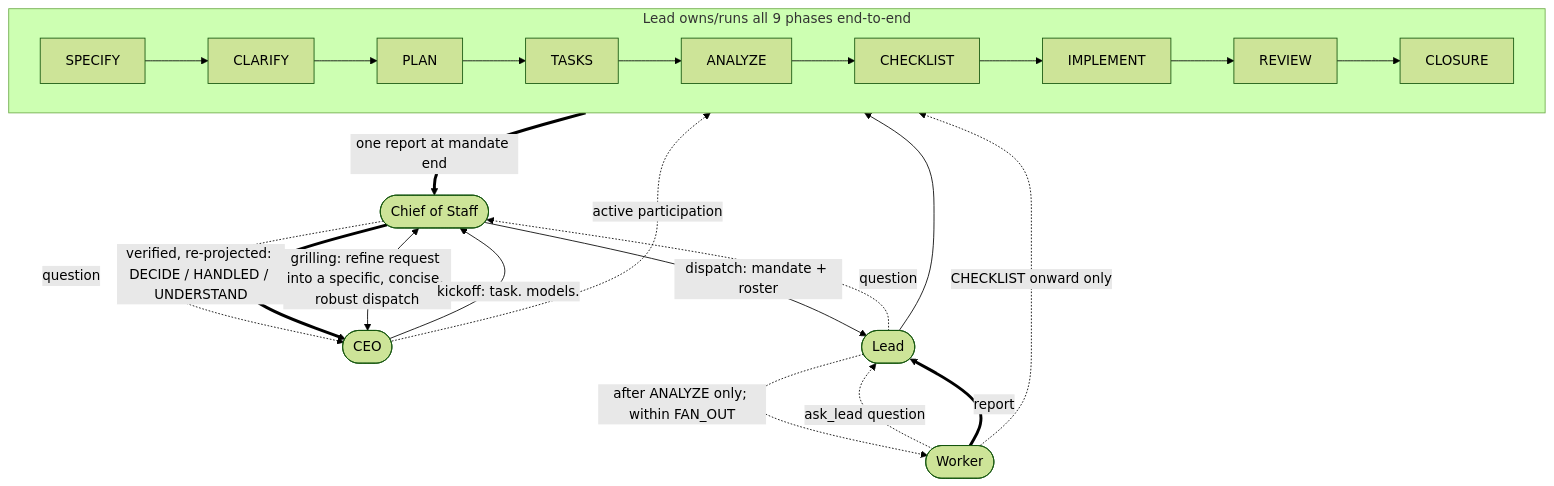
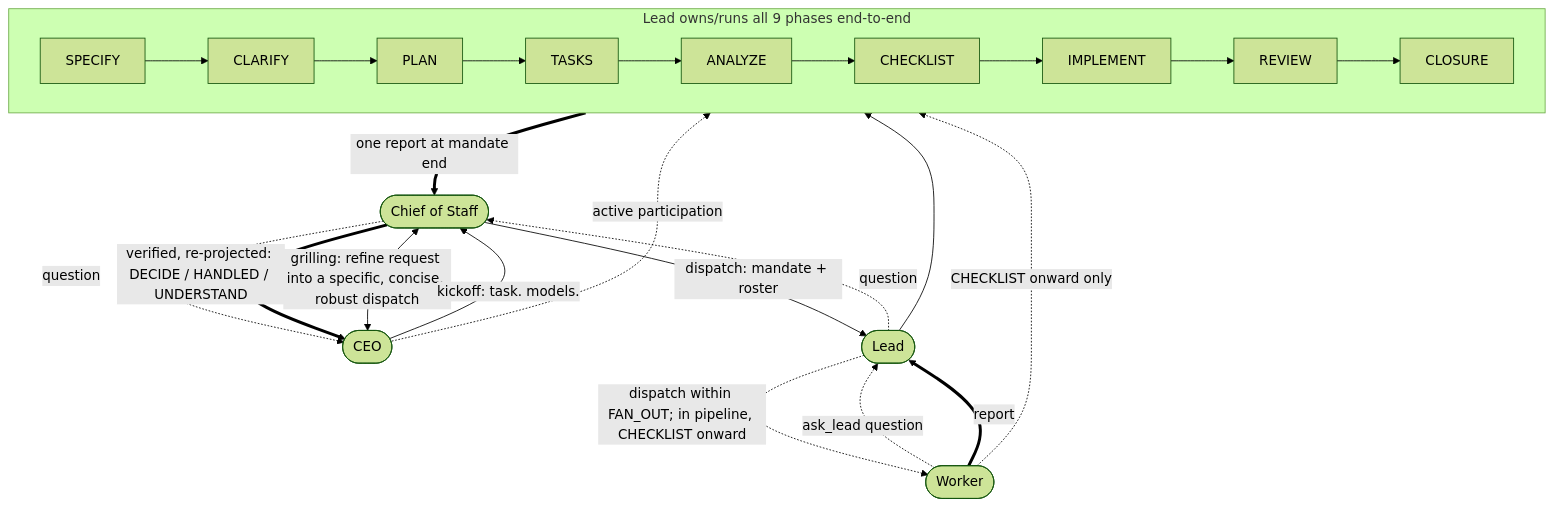
Before and after one commit to domattioli/agents_Inc: the diagram in docs/governance/DELEGATION-MODEL.md, drawn with Mermaid (forest theme). The commit also changed other lines of this file and 1 other file, not shown here.

````diff
--- a/docs/governance/DELEGATION-MODEL.md
+++ b/docs/governance/DELEGATION-MODEL.md
@@ -80,29 +89,29 @@
 ```mermaid
 flowchart TD
     CEO([CEO])
     CoS([Chief of Staff])
     Lead([Lead])
     Worker([Worker])
 
     CEO <-->|grilling: refine request into a specific, concise, robust dispatch| CoS
     CEO -->|kickoff: task. models.| CoS
     CoS -->|dispatch: mandate + roster| Lead
-    Lead -.->|after ANALYZE only; within FAN_OUT| Worker
+    Lead -.->|dispatch within FAN_OUT; in pipeline, CHECKLIST onward| Worker
 
     subgraph Pipeline["Lead owns/runs all 9 phases end-to-end"]
         direction LR
         SPECIFY --> CLARIFY --> PLAN --> TASKS --> ANALYZE --> CHECKLIST --> IMPLEMENT --> REVIEW --> CLOSURE
     end
 
     Lead --> Pipeline
     CEO -.->|active participation| CLARIFY
     Worker -.->|CHECKLIST onward only| CHECKLIST
 
     Worker -.->|ask_lead question| Lead
     Lead -.->|question| CoS
     CoS -.->|question| CEO
     Worker ==>|report| Lead
 
     CLOSURE ==>|one report at mandate end| CoS
     CoS ==>|verified, re-projected: DECIDE / HANDLED / UNDERSTAND| CEO
 ```
````
